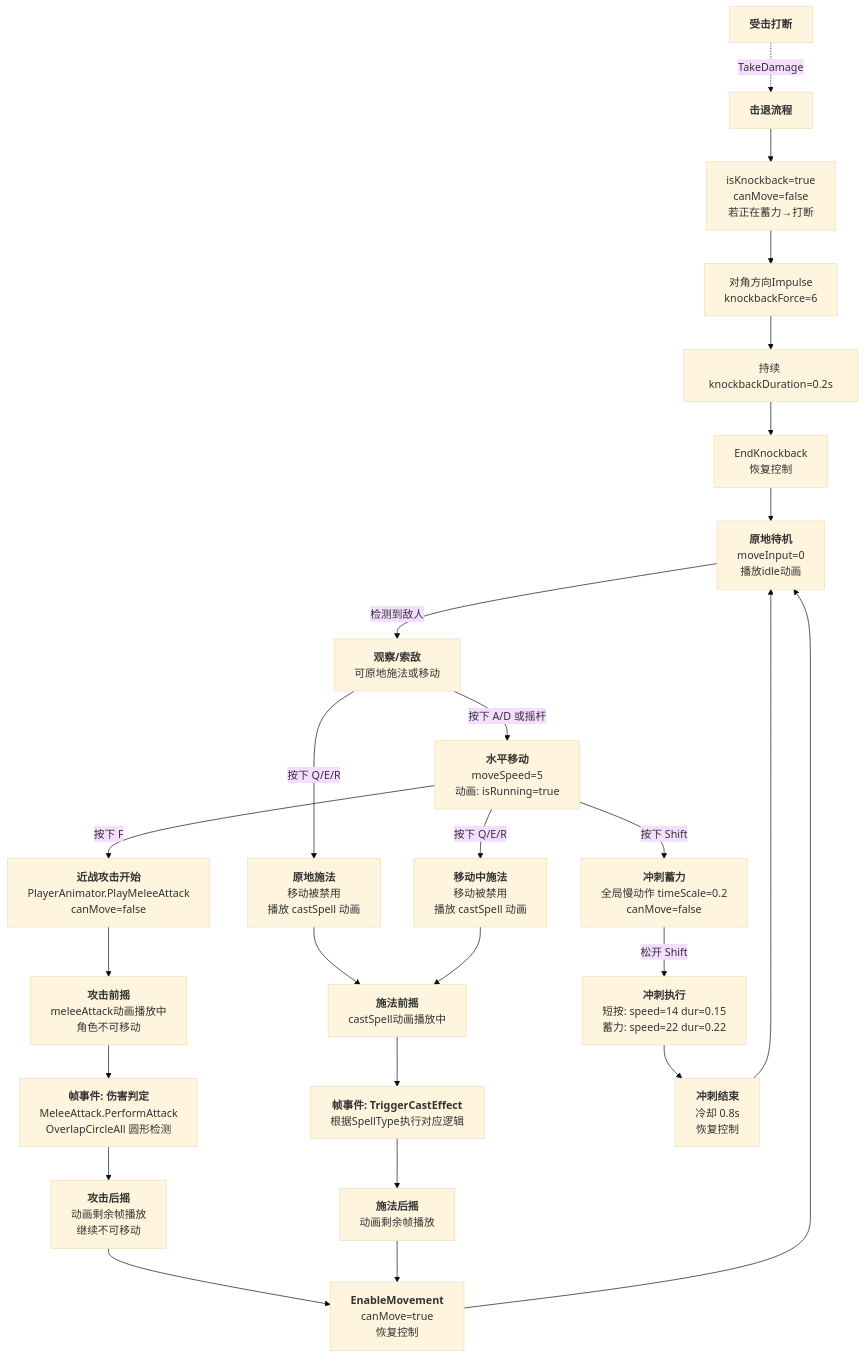
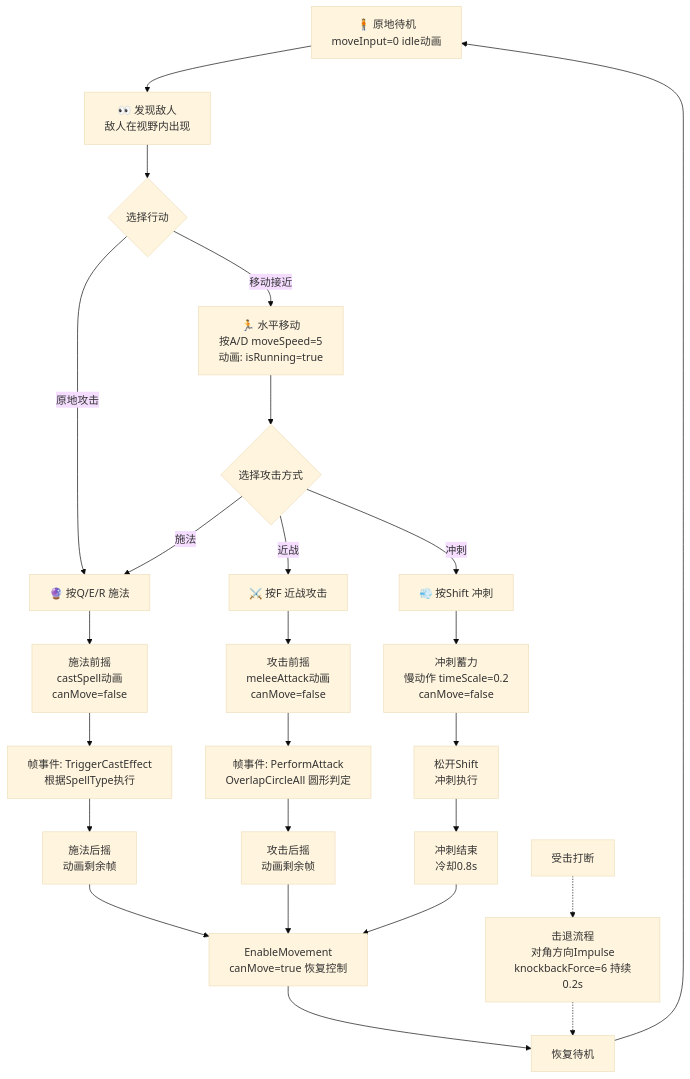
The third of 5 diagrams in 行为逻辑流程图.md (ZIDONGCHEN-1/PixelMage), drawn with Mermaid (base theme) before and after one commit. The commit also changed other lines of this file, not shown here.

First line of the commit message:
重构行为逻辑流程图为纵向框框风格

````diff
--- a/行为逻辑流程图.md
+++ b/行为逻辑流程图.md
@@ -75,47 +117,49 @@
 ```mermaid
 flowchart TD
-    Idle[<b>原地待机</b><br/>moveInput=0<br/>播放idle动画]
+    A["🧍 原地待机<br/>moveInput=0 idle动画"]
+    B["👀 发现敌人<br/>敌人在视野内出现"]
+    C{"选择行动"}
+    D["🏃 水平移动<br/>按A/D moveSpeed=5<br/>动画: isRunning=true"]
+    E{"选择攻击方式"}
+    F["⚔️ 按F 近战攻击"]
+    G["🔮 按Q/E/R 施法"]
+    H["💨 按Shift 冲刺"]
+    I["攻击前摇<br/>meleeAttack动画<br/>canMove=false"]
+    J["施法前摇<br/>castSpell动画<br/>canMove=false"]
+    K["冲刺蓄力<br/>慢动作 timeScale=0.2<br/>canMove=false"]
+    L["帧事件: PerformAttack<br/>OverlapCircleAll 圆形判定"]
+    M["帧事件: TriggerCastEffect<br/>根据SpellType执行"]
+    N["松开Shift<br/>冲刺执行"]
+    O["施法后摇<br/>动画剩余帧"]
+    P["攻击后摇<br/>动画剩余帧"]
+    Q["冲刺结束<br/>冷却0.8s"]
+    R["EnableMovement<br/>canMove=true 恢复控制"]
+    S["受击打断"]
+    T["击退流程<br/>对角方向Impulse<br/>knockbackForce=6 持续0.2s"]
+    U["恢复待机"]
 
-    Idle -->|检测到敌人| Observe[<b>观察/索敌</b><br/>可原地施法或移动]
-
-    Observe -->|按下 A/D 或摇杆| Moving[<b>水平移动</b><br/>moveSpeed=5<br/>动画: isRunning=true]
-
-    Observe -->|按下 Q/E/R| CastFromIdle[<b>原地施法</b><br/>移动被禁用<br/>播放 castSpell 动画]
-
-    Moving -->|按下 F| MeleeStart[<b>近战攻击开始</b><br/>PlayerAnimator.PlayMeleeAttack<br/>canMove=false]
-
-    Moving -->|按下 Q/E/R| CastFromMove[<b>移动中施法</b><br/>移动被禁用<br/>播放 castSpell 动画]
-
-    Moving -->|按下 Shift| DashCharge[<b>冲刺蓄力</b><br/>全局慢动作 timeScale=0.2<br/>canMove=false]
-
-    MeleeStart --> MeleeAntic[<b>攻击前摇</b><br/>meleeAttack动画播放中<br/>角色不可移动]
-
-    MeleeAntic --> MeleeHit[<b>帧事件: 伤害判定</b><br/>MeleeAttack.PerformAttack<br/>OverlapCircleAll 圆形检测]
-
-    MeleeHit --> MeleeRecovery[<b>攻击后摇</b><br/>动画剩余帧播放<br/>继续不可移动]
-
-    MeleeRecovery --> EnableMove[<b>EnableMovement</b><br/>canMove=true<br/>恢复控制]
-
-    EnableMove --> Idle
-
-    CastFromIdle --> CastAntic[<b>施法前摇</b><br/>castSpell动画播放中]
-
-    CastFromMove --> CastAntic
-
-    CastAntic --> CastFrame[<b>帧事件: TriggerCastEffect</b><br/>根据SpellType执行对应逻辑]
-
-    CastFrame --> CastRecovery[<b>施法后摇</b><br/>动画剩余帧播放]
-
-    CastRecovery --> EnableMove
-
-    DashCharge -->|松开 Shift| DashExec[<b>冲刺执行</b><br/>短按: speed=14 dur=0.15<br/>蓄力: speed=22 dur=0.22]
-    DashExec --> DashEnd[<b>冲刺结束</b><br/>冷却 0.8s<br/>恢复控制]
-    DashEnd --> Idle
-
-    Hit[<b>受击打断</b>] -.->|TakeDamage| KnockbackFlow[<b>击退流程</b>]
-    KnockbackFlow --> KBStart[isKnockback=true<br/>canMove=false<br/>若正在蓄力→打断]
-    KBStart --> KBForce[对角方向Impulse<br/>knockbackForce=6]
-    KBForce --> KBWait[持续 knockbackDuration=0.2s]
-    KBWait --> KBEnd[EndKnockback<br/>恢复控制]
-    KBEnd --> Idle
+    A --> B
+    B --> C
+    C -->|移动接近| D
+    C -->|原地攻击| G
+    D --> E
+    E -->|近战| F
+    E -->|施法| G
+    E -->|冲刺| H
+    F --> I
+    G --> J
+    H --> K
+    I --> L
+    J --> M
+    K --> N
+    L --> P
+    M --> O
+    N --> Q
+    O --> R
+    P --> R
+    Q --> R
+    R --> U
+    U --> A
+    S -.-> T
+    T -.-> U
 ```
````
